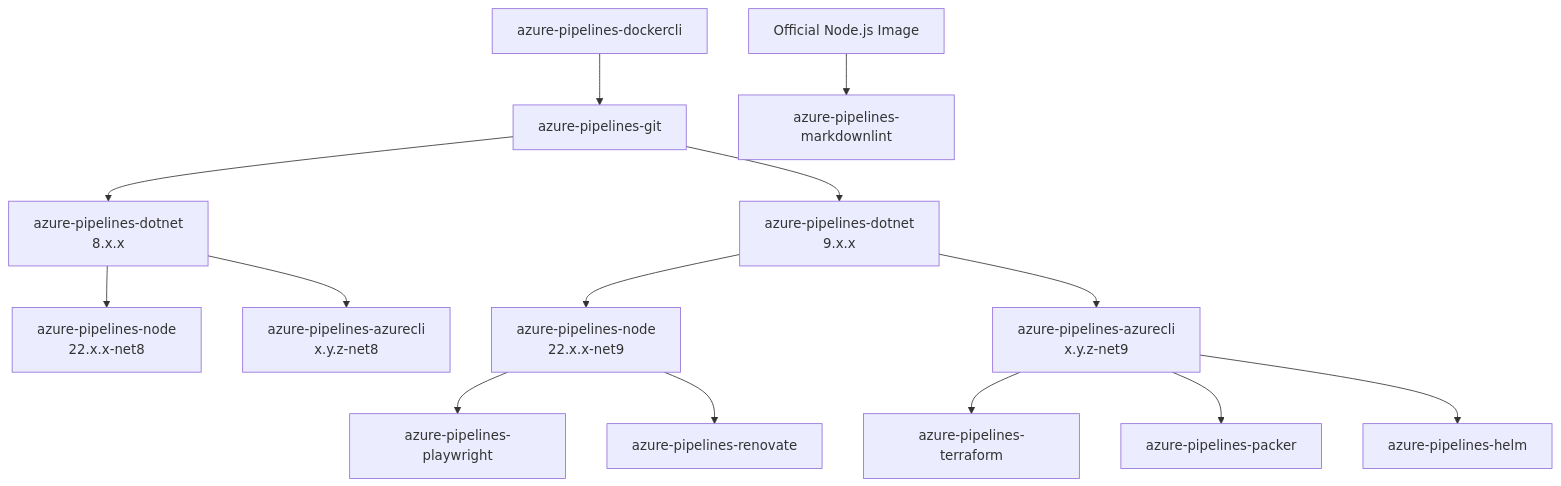
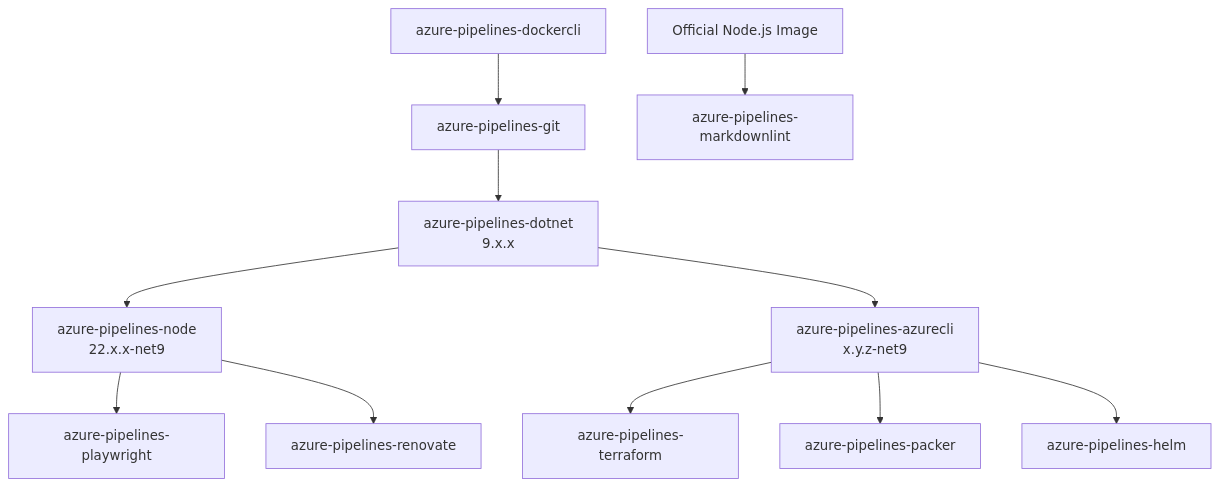
Before and after one commit to swissgrc/.github: the diagram in profile/README.md, drawn with Mermaid. The commit also changed other lines of this file, not shown here.

Commit message:
Sunsetting .NET 8 based images (#325)

````diff
--- a/profile/README.md
+++ b/profile/README.md
@@ -22,65 +22,56 @@
 ```mermaid
 graph TB
     docker[azure-pipelines-dockercli]
     click docker "https://github.com/swissgrc/docker-azure-pipelines-dockercli"
 
     git[azure-pipelines-git]
     click git "https://github.com/swissgrc/docker-azure-pipelines-git"
 
-    dotnet8[azure-pipelines-dotnet<br>8.x.x]
-    click dotnet8 "https://github.com/swissgrc/docker-azure-pipelines-dotnet-8"
     dotnet9[azure-pipelines-dotnet<br>9.x.x]
     click dotnet9 "https://github.com/swissgrc/docker-azure-pipelines-dotnet-9"
 
-    node22_8[azure-pipelines-node<br>22.x.x-net8]
-    click node22_8 "https://github.com/swissgrc/docker-azure-pipelines-node22-net8"
     node22_9[azure-pipelines-node<br>22.x.x-net9]
     click node22_9 "https://github.com/swissgrc/docker-azure-pipelines-node22-net9"
 
-    az8[azure-pipelines-azurecli<br>x.y.z-net8]
-    click az8 "https://github.com/swissgrc/docker-azure-pipelines-azurecli-net8"
     az9[azure-pipelines-azurecli<br>x.y.z-net9]
     click az9 "https://github.com/swissgrc/docker-azure-pipelines-azurecli-net9"
 
     terraform[azure-pipelines-terraform]
     click terraform "https://github.com/swissgrc/docker-azure-pipelines-terraform"
     packer[azure-pipelines-packer]
     click packer "https://github.com/swissgrc/docker-azure-pipelines-packer"
     helm[azure-pipelines-helm]
     click helm "https://github.com/swissgrc/docker-azure-pipelines-helm"
 
     playwright[azure-pipelines-playwright]
     click playwright "https://github.com/swissgrc/docker-azure-pipelines-playwright"
 
     markdownlint[azure-pipelines-markdownlint]
     click markdownlint "https://github.com/swissgrc/docker-azure-pipelines-markdownlint"
 
     renovate[azure-pipelines-renovate]
     click renovate "https://github.com/swissgrc/docker-azure-pipelines-renovate"
 
     %% External Images
     nodejs[Official Node.js Image]
     click nodejs "https://hub.docker.com/_/node"
 
     %% Inheritance relationships (top-down)
     docker --> git
-    
-    git --> dotnet8
+
     git --> dotnet9
 
-    dotnet8 --> node22_8
     dotnet9 --> node22_9
 
-    dotnet8 --> az8
     dotnet9 --> az9
 
     az9 --> terraform
     az9 --> packer
     az9 --> helm
 
     node22_9 --> playwright
 
     nodejs --> markdownlint
 
     node22_9 --> renovate
 ```
````
